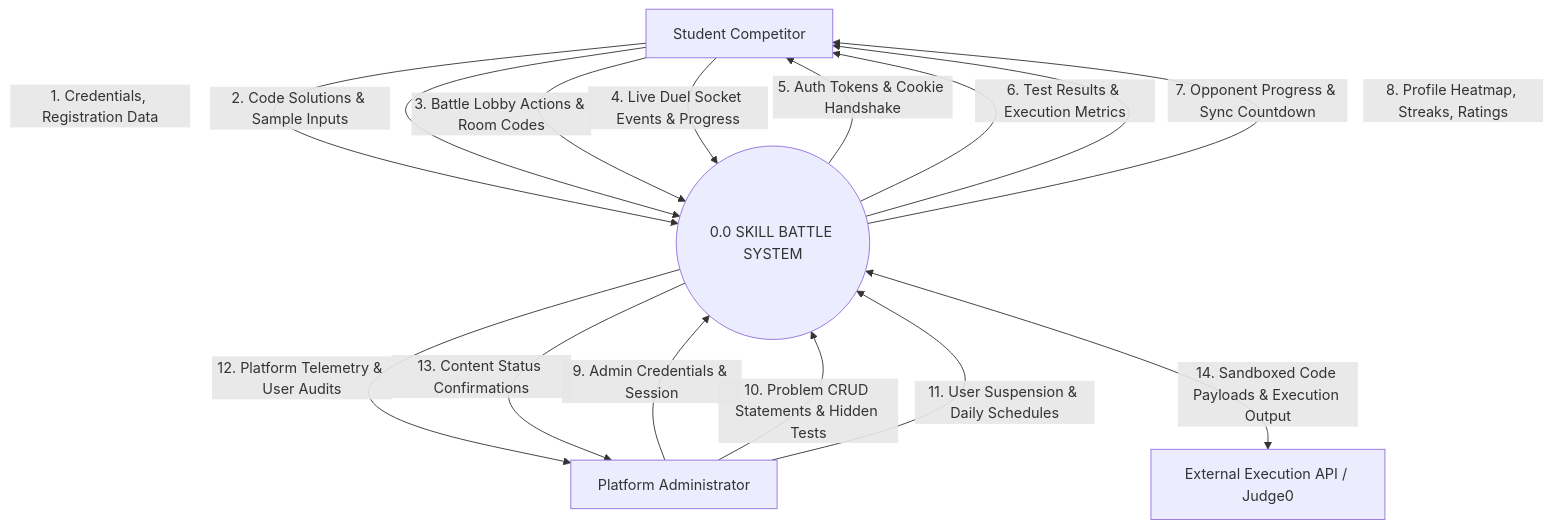
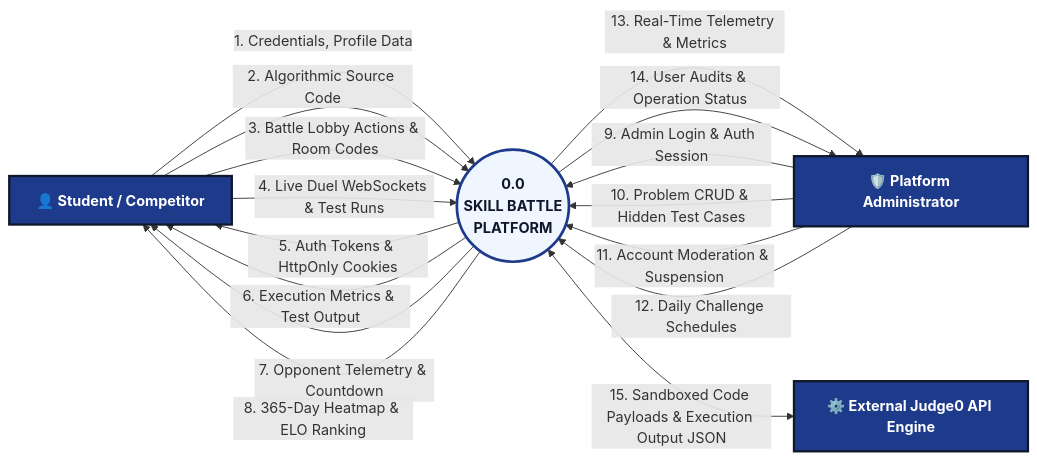
Before and after one commit to koushikreddy89/Skill-Battle: the diagram in diagrams/04_dfd_level_0.mmd, drawn with Mermaid. The commit also changed 102 other files, not shown here.

Commit message:
docs: finalize professional project report and full-page diagram redesigns

```diff
--- a/diagrams/04_dfd_level_0.mmd
+++ b/diagrams/04_dfd_level_0.mmd
@@ -1,24 +1,29 @@
-flowchart TD
-    Student[Student Competitor]
-    Admin[Platform Administrator]
-    System((0.0 SKILL BATTLE SYSTEM))
-    Judge0[External Execution API / Judge0]
+flowchart LR
+    Student["👤 Student / Competitor"]:::entityStyle
+    Admin["🛡️ Platform Administrator"]:::entityStyle
+    Judge0["⚙️ External Judge0 API Engine"]:::entityStyle
+    
+    System(("0.0<br/><b>SKILL BATTLE<br/>PLATFORM</b>")):::processStyle
 
-    Student -->|1. Credentials, Registration Data| System
-    Student -->|2. Code Solutions & Sample Inputs| System
+    Student -->|1. Credentials, Profile Data| System
+    Student -->|2. Algorithmic Source Code| System
     Student -->|3. Battle Lobby Actions & Room Codes| System
-    Student -->|4. Live Duel Socket Events & Progress| System
+    Student -->|4. Live Duel WebSockets & Test Runs| System
 
-    System -->|5. Auth Tokens & Cookie Handshake| Student
-    System -->|6. Test Results & Execution Metrics| Student
-    System -->|7. Opponent Progress & Sync Countdown| Student
-    System -->|8. Profile Heatmap, Streaks, Ratings| Student
+    System -->|5. Auth Tokens & HttpOnly Cookies| Student
+    System -->|6. Execution Metrics & Test Output| Student
+    System -->|7. Opponent Telemetry & Countdown| Student
+    System -->|8. 365-Day Heatmap & ELO Ranking| Student
 
-    Admin -->|9. Admin Credentials & Session| System
-    Admin -->|10. Problem CRUD Statements & Hidden Tests| System
-    Admin -->|11. User Suspension & Daily Schedules| System
+    Admin -->|9. Admin Login & Auth Session| System
+    Admin -->|10. Problem CRUD & Hidden Test Cases| System
+    Admin -->|11. Account Moderation & Suspension| System
+    Admin -->|12. Daily Challenge Schedules| System
 
-    System -->|12. Platform Telemetry & User Audits| Admin
-    System -->|13. Content Status Confirmations| Admin
+    System -->|13. Real-Time Telemetry & Metrics| Admin
+    System -->|14. User Audits & Operation Status| Admin
 
-    System <-->|14. Sandboxed Code Payloads & Execution Output| Judge0
+    System <-->|15. Sandboxed Code Payloads & Execution Output JSON| Judge0
+
+    classDef entityStyle fill:#1E3A8A,stroke:#0F172A,stroke-width:2.5px,color:#FFFFFF,font-weight:700;
+    classDef processStyle fill:#EFF6FF,stroke:#1E3A8A,stroke-width:3px,color:#0F172A,font-weight:700;
```
